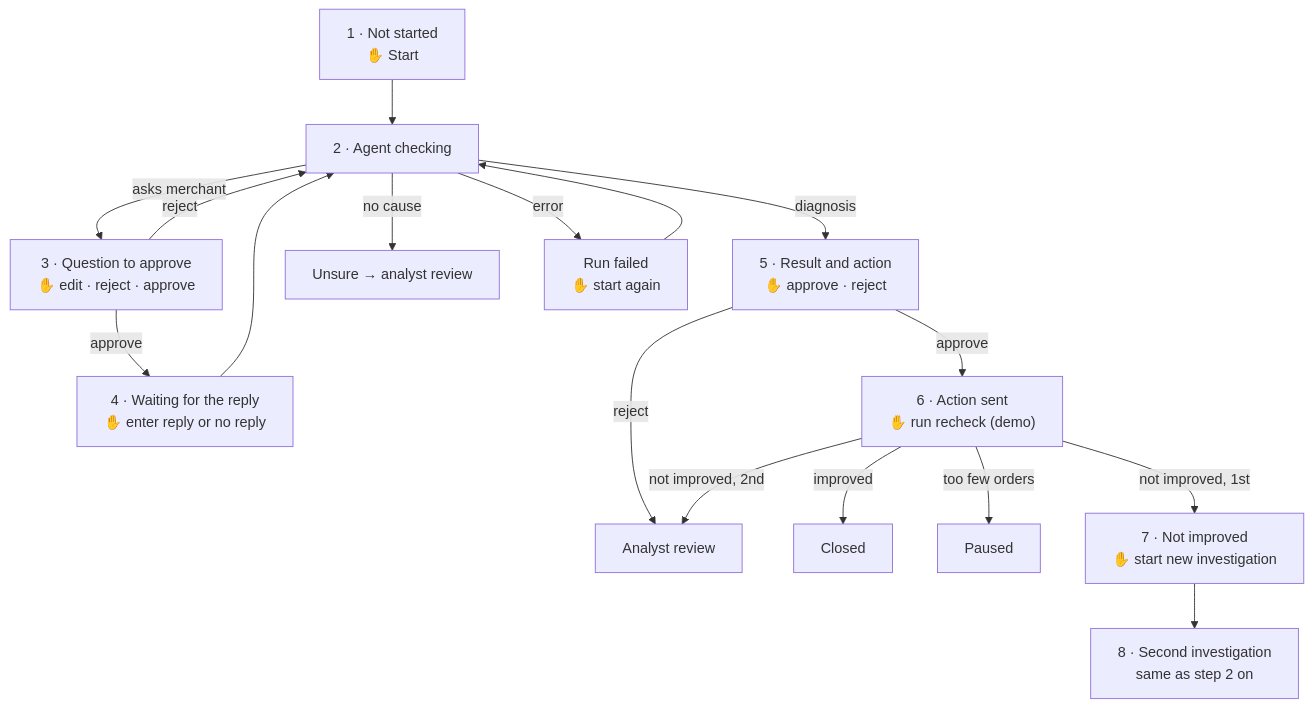
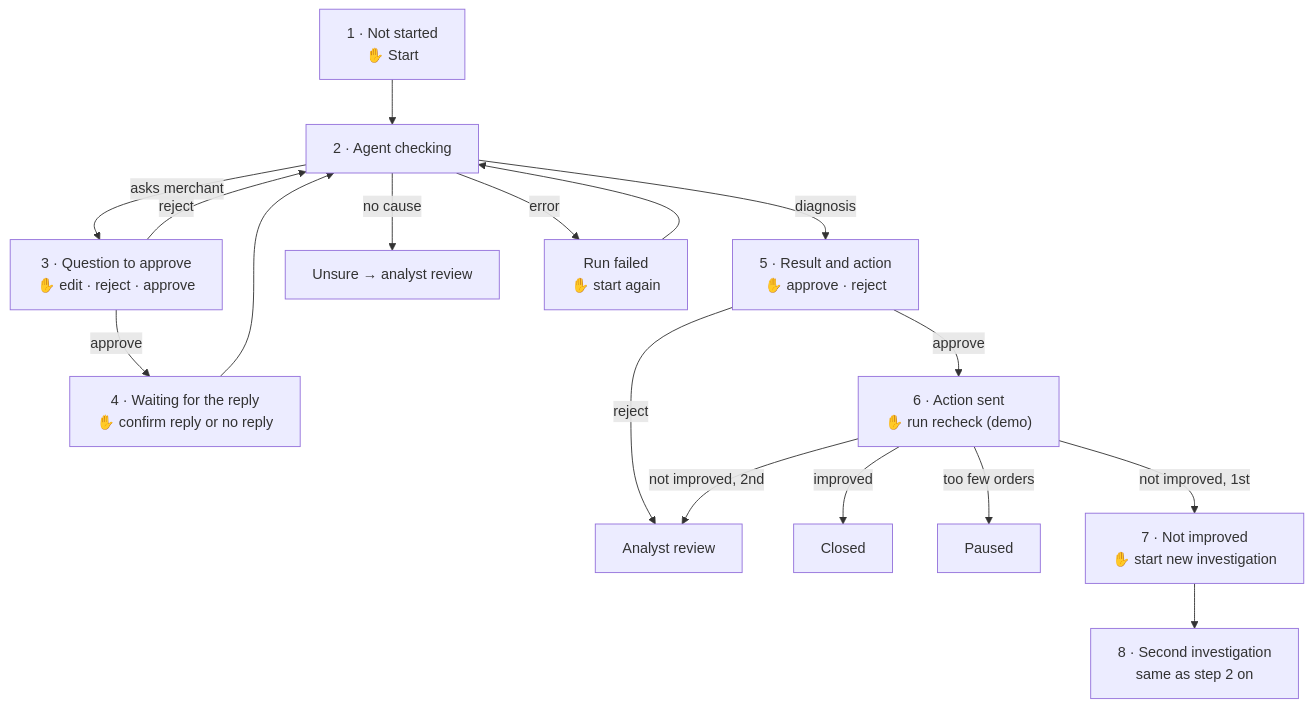
The first of 3 diagrams in docs/ui-workflow.md (Beaconfire-GenAI-Sep26/retail-internal-ai-agent), drawn with Mermaid before and after one commit. The commit also changed other lines of this file and 8 other files, not shown here.

First line of the commit message:
SCRUM-22 D-03 Confirm merchant reply instead of typing it

````diff
--- a/docs/ui-workflow.md
+++ b/docs/ui-workflow.md
@@ -23,19 +23,19 @@
 ```mermaid
 flowchart TD
   S1["1 · Not started<br/>✋ Start"] --> S2["2 · Agent checking"]
   S2 -->|asks merchant| S3["3 · Question to approve<br/>✋ edit · reject · approve"]
   S3 -->|reject| S2
-  S3 -->|approve| S4["4 · Waiting for the reply<br/>✋ enter reply or no reply"]
+  S3 -->|approve| S4["4 · Waiting for the reply<br/>✋ confirm reply or no reply"]
   S4 --> S2
   S2 -->|diagnosis| S5["5 · Result and action<br/>✋ approve · reject"]
   S2 -->|no cause| UNS["Unsure → analyst review"]
   S2 -->|error| F["Run failed<br/>✋ start again"]
   F --> S2
   S5 -->|reject| AR["Analyst review"]
   S5 -->|approve| S6["6 · Action sent<br/>✋ run recheck (demo)"]
   S6 -->|improved| CL["Closed"]
   S6 -->|too few orders| P["Paused"]
   S6 -->|not improved, 1st| S7["7 · Not improved<br/>✋ start new investigation"]
   S6 -->|not improved, 2nd| AR
   S7 --> S8["8 · Second investigation<br/>same as step 2 on"]
 ```
````
